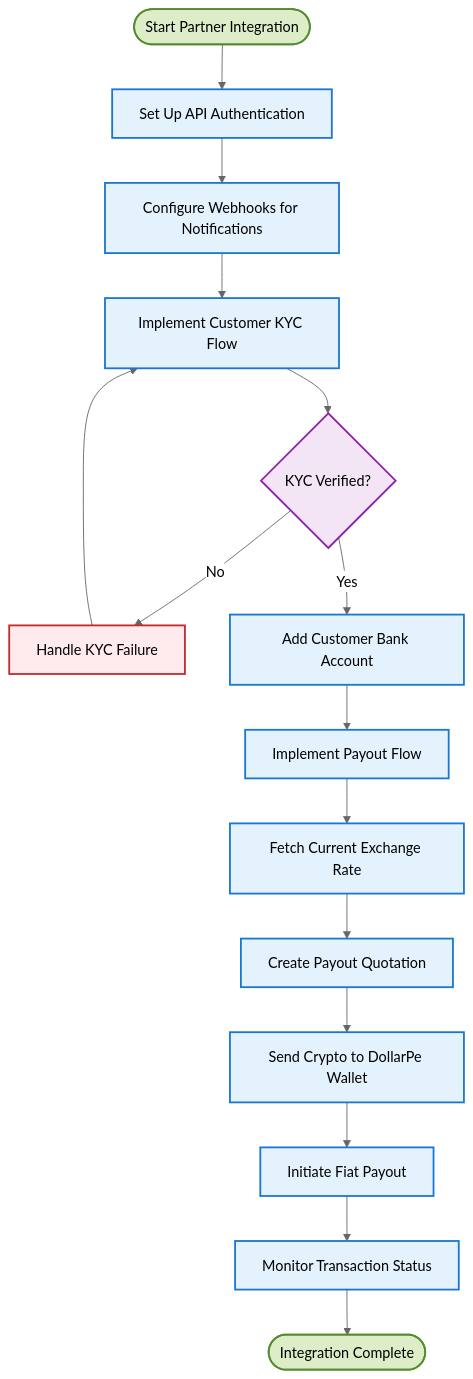
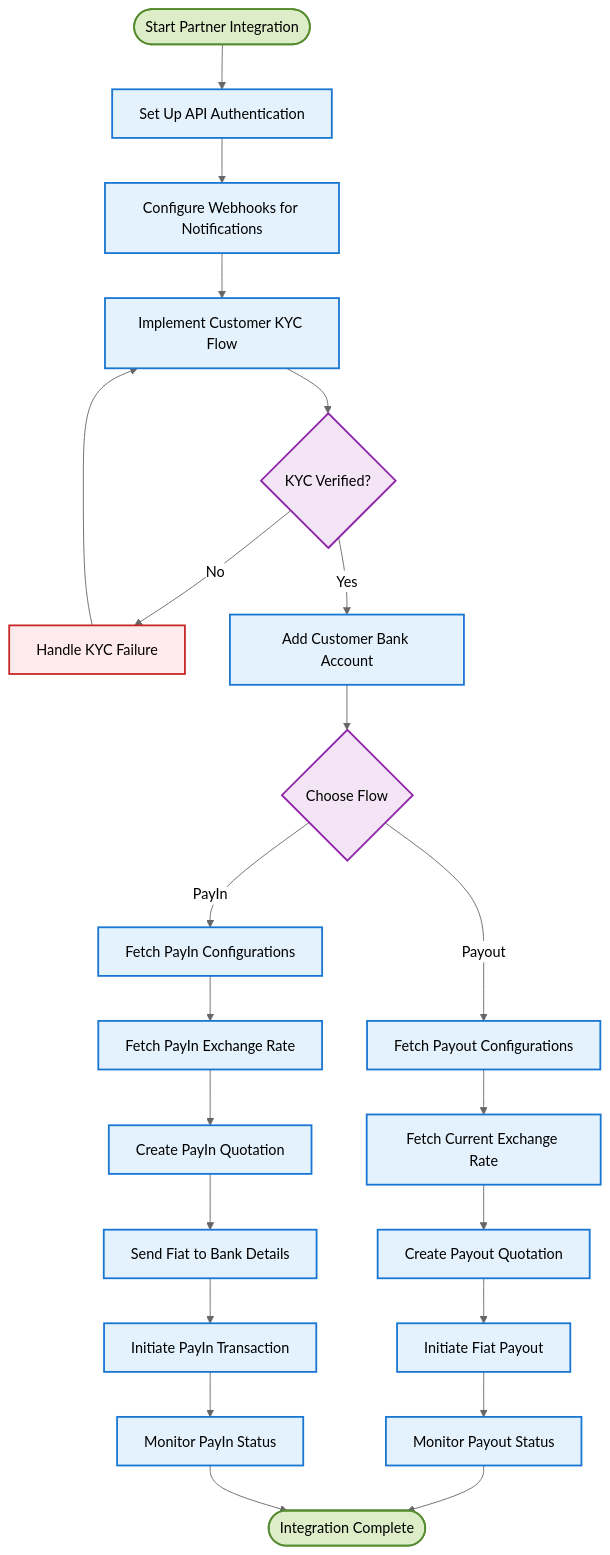
The diagram in guides/overview.mdx (DollarPe-Infra/docs), drawn with Mermaid (neutral theme) before and after one commit. The commit also changed other lines of this file and 1 other file, not shown here.

````diff
--- a/guides/overview.mdx
+++ b/guides/overview.mdx
@@ -44,32 +76,40 @@
 ```mermaid
 flowchart TD
     Start([Start Partner Integration]) --> Auth[Set Up API Authentication]
     Auth --> Webhook[Configure Webhooks for Notifications]
-    
+
     Webhook --> KYC[Implement Customer KYC Flow]
     KYC --> KYCVerified{KYC Verified?}
-    
+
     KYCVerified -->|No| HandleKYCFailure[Handle KYC Failure]
     HandleKYCFailure --> KYC
-    
+
     KYCVerified -->|Yes| AddBank[Add Customer Bank Account]
-    AddBank --> PayoutFlow[Implement Payout Flow]
-    
+    AddBank --> FlowType{Choose Flow}
+
+    FlowType -->|Payout| PayoutFlow[Fetch Payout Configurations]
     PayoutFlow --> FetchRate[Fetch Current Exchange Rate]
     FetchRate --> CreateQuote[Create Payout Quotation]
-    CreateQuote --> SendCrypto[Send Crypto to DollarPe Wallet]
-    SendCrypto --> InitiatePayout[Initiate Fiat Payout]
-    InitiatePayout --> MonitorStatus[Monitor Transaction Status]
+    CreateQuote --> InitiatePayout[Initiate Fiat Payout]
+    InitiatePayout --> MonitorStatus[Monitor Payout Status]
     MonitorStatus --> Complete([Integration Complete])
+
+    FlowType -->|PayIn| PayInFlow[Fetch PayIn Configurations]
+    PayInFlow --> FetchPayInRate[Fetch PayIn Exchange Rate]
+    FetchPayInRate --> CreatePayInQuote[Create PayIn Quotation]
+    CreatePayInQuote --> SendFiat[Send Fiat to Bank Details]
+    SendFiat --> InitiatePayIn[Initiate PayIn Transaction]
+    InitiatePayIn --> MonitorPayInStatus[Monitor PayIn Status]
+    MonitorPayInStatus --> Complete
 
     classDef startEndNode fill:#dcedc8,stroke:#558b2f,stroke-width:2px,color:#000
     classDef mainNode fill:#e3f2fd,stroke:#1976d2,stroke-width:2px,color:#000
     classDef decisionNode fill:#f3e5f5,stroke:#8e24aa,stroke-width:2px,color:#000
     classDef successNode fill:#e8f5e9,stroke:#2e7d32,stroke-width:2px,color:#000
     classDef failureNode fill:#ffebee,stroke:#c62828,stroke-width:2px,color:#000
 
     class Start,Complete startEndNode
-    class Auth,Webhook,KYC,AddBank,PayoutFlow,FetchRate,CreateQuote,SendCrypto,InitiatePayout,MonitorStatus mainNode
-    class KYCVerified decisionNode
+    class Auth,Webhook,KYC,AddBank,PayoutFlow,FetchRate,CreateQuote,InitiatePayout,MonitorStatus,PayInFlow,FetchPayInRate,CreatePayInQuote,SendFiat,InitiatePayIn,MonitorPayInStatus mainNode
+    class KYCVerified,FlowType decisionNode
     class HandleKYCFailure failureNode
 ```
````
